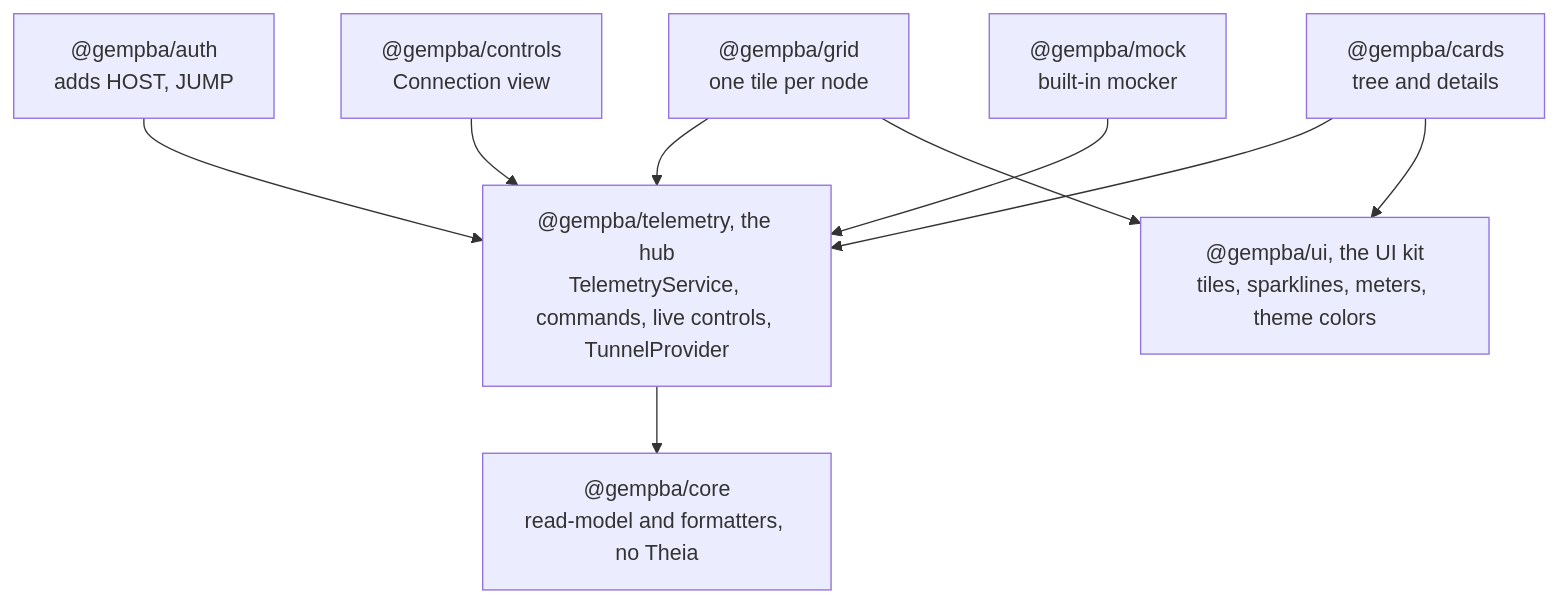
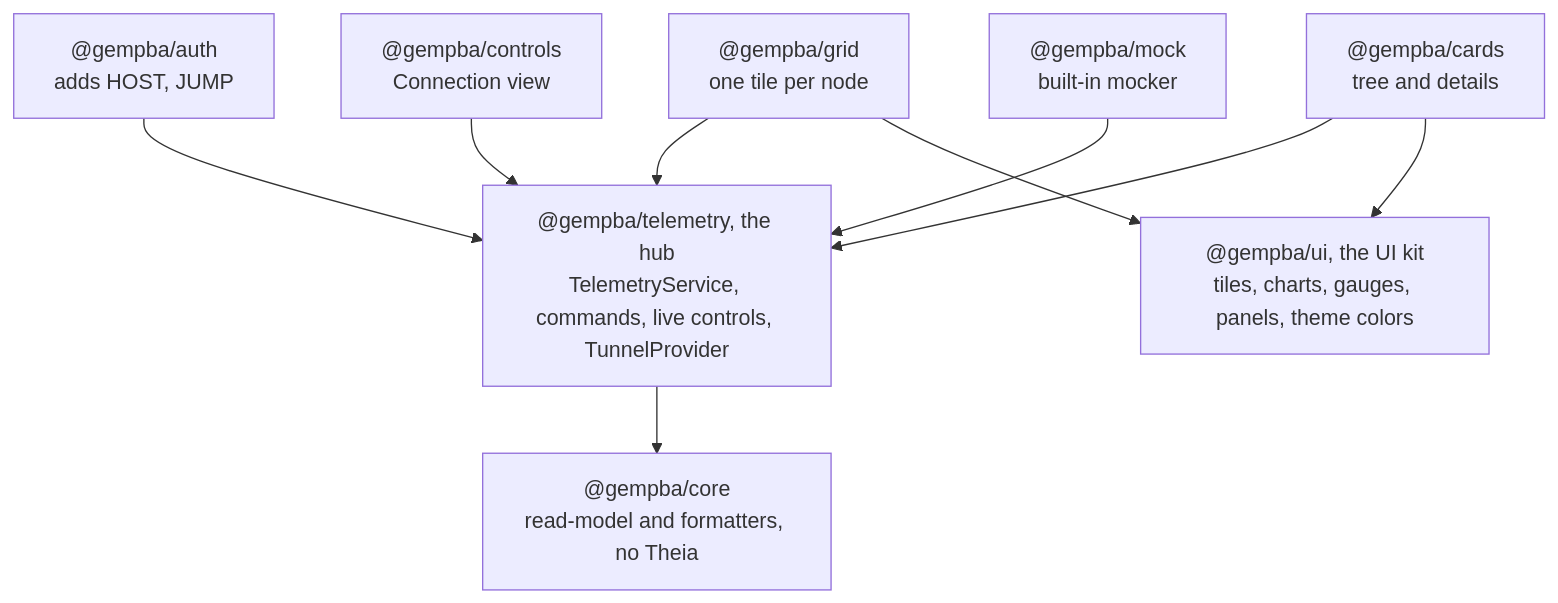
Before and after one commit to rapastranac/gempba-dashboard: the third of 3 diagrams in ARCHITECTURE.md, drawn with Mermaid. The commit also changed other lines of this file, not shown here.

Commit message:
#62 docs: Document the instrument-panel UI kit, the redraw limit and motion in ARCHITECTURE.md

````diff
--- a/ARCHITECTURE.md
+++ b/ARCHITECTURE.md
@@ -163,19 +163,19 @@
 ```mermaid
 flowchart TB
     auth["@gempba/auth<br/>adds HOST, JUMP"]
     controls["@gempba/controls<br/>Connection view"]
     grid["@gempba/grid<br/>one tile per node"]
     cards["@gempba/cards<br/>tree and details"]
     mock["@gempba/mock<br/>built-in mocker"]
     telemetry["@gempba/telemetry, the hub<br/>TelemetryService, commands, live controls, TunnelProvider"]
-    ui["@gempba/ui, the UI kit<br/>tiles, sparklines, meters, theme colors"]
+    ui["@gempba/ui, the UI kit<br/>tiles, charts, gauges, panels, theme colors"]
     core["@gempba/core<br/>read-model and formatters, no Theia"]
     auth --> telemetry
     controls --> telemetry
     grid --> telemetry
     grid --> ui
     cards --> telemetry
     cards --> ui
     mock --> telemetry
     telemetry --> core
 ```
````
